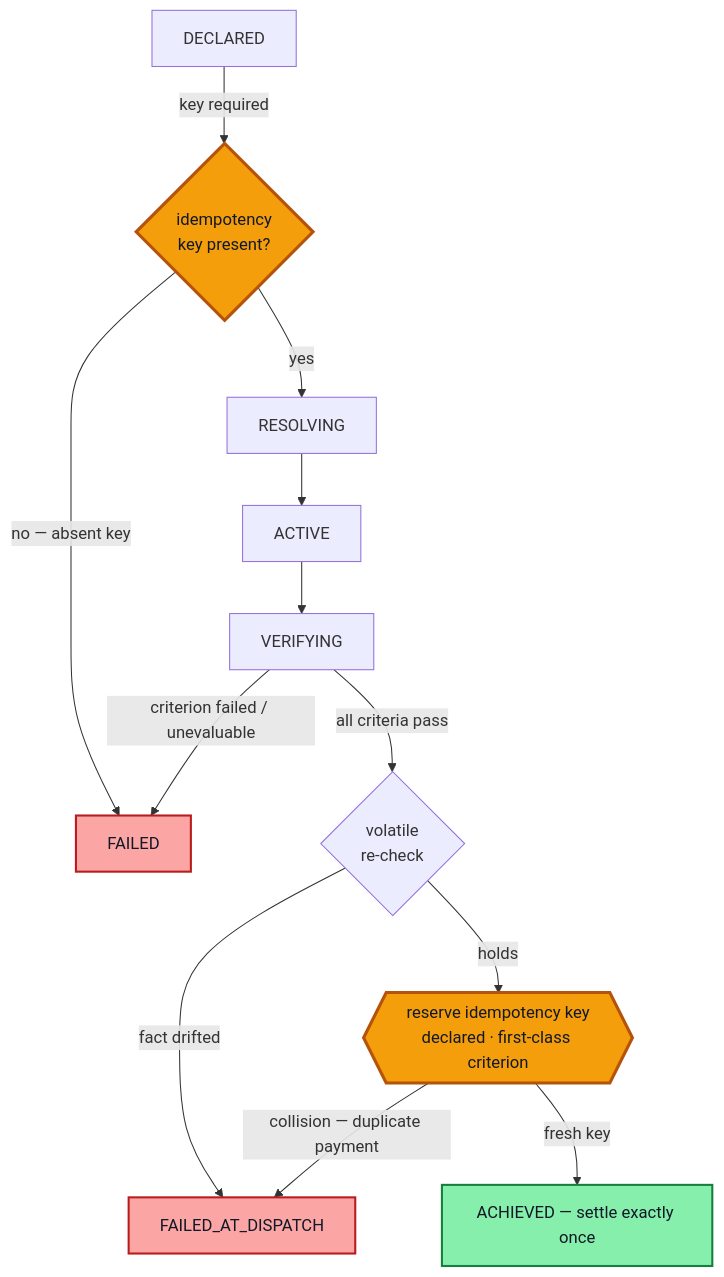
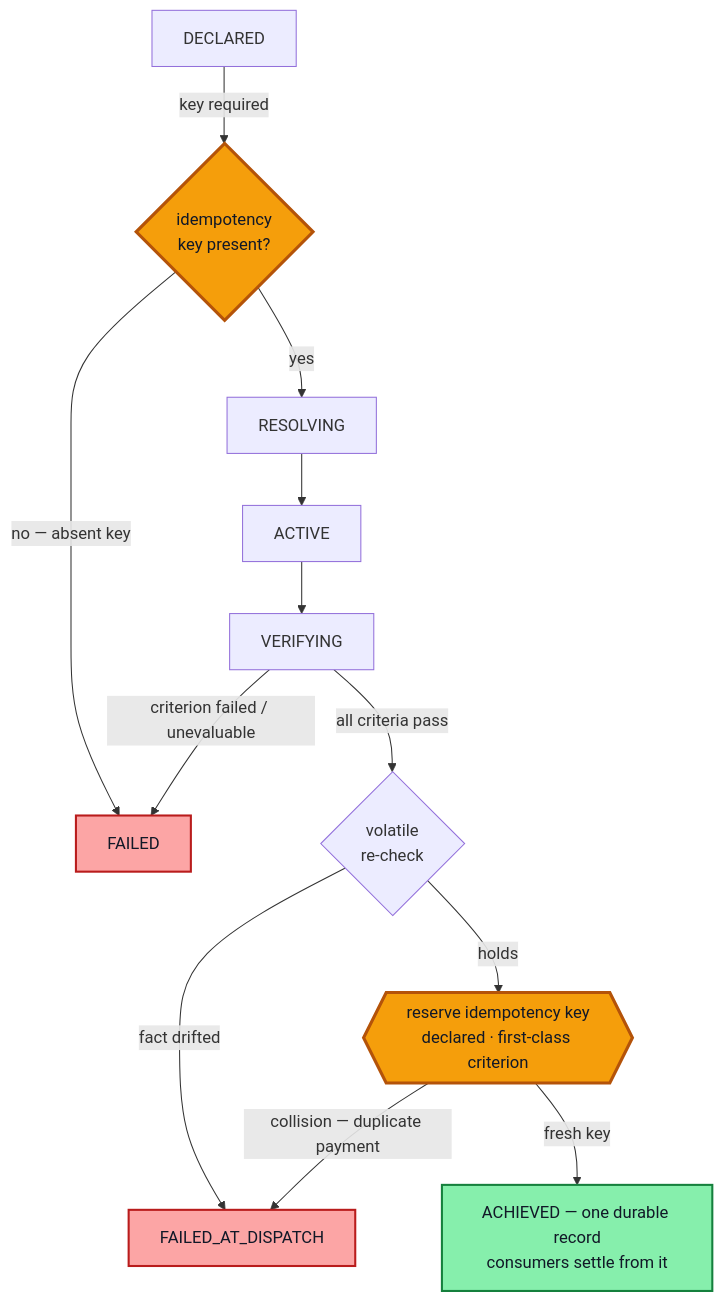
The diagram in README.md (hossainpazooki/treasury-intent-controller), drawn with Mermaid before and after one commit. The commit also changed other lines of this file, not shown here.

````diff
--- a/README.md
+++ b/README.md
@@ -26,19 +30,19 @@
 ```mermaid
 flowchart TD
     D[DECLARED] -->|key required| K{idempotency<br/>key present?}
     K -->|no — absent key| F[FAILED]
     K -->|yes| R[RESOLVING] --> A[ACTIVE] --> V[VERIFYING]
     V -->|criterion failed / unevaluable| F
     V -->|all criteria pass| VR{volatile<br/>re-check}
     VR -->|fact drifted| FD[FAILED_AT_DISPATCH]
     VR -->|holds| IDEM{{"reserve idempotency key<br/>declared · first-class criterion"}}
     IDEM -->|collision — duplicate payment| FD
-    IDEM -->|fresh key| ACH[ACHIEVED — settle exactly once]
+    IDEM -->|fresh key| ACH[ACHIEVED — one durable record<br/>consumers settle from it]
 
     classDef idem fill:#f59e0b,stroke:#b45309,stroke-width:3px,color:#111827;
     classDef good fill:#86efac,stroke:#15803d,stroke-width:2px,color:#111827;
     classDef bad fill:#fca5a5,stroke:#b91c1c,stroke-width:2px,color:#111827;
     class K,IDEM idem;
     class ACH good;
     class F,FD bad;
 ```
````
